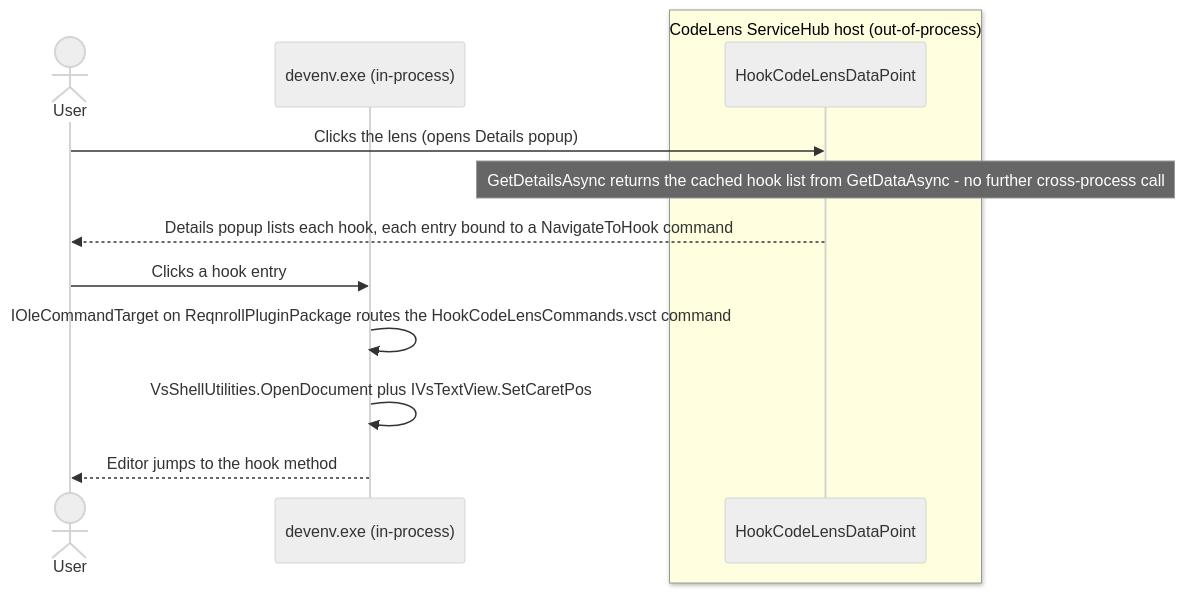
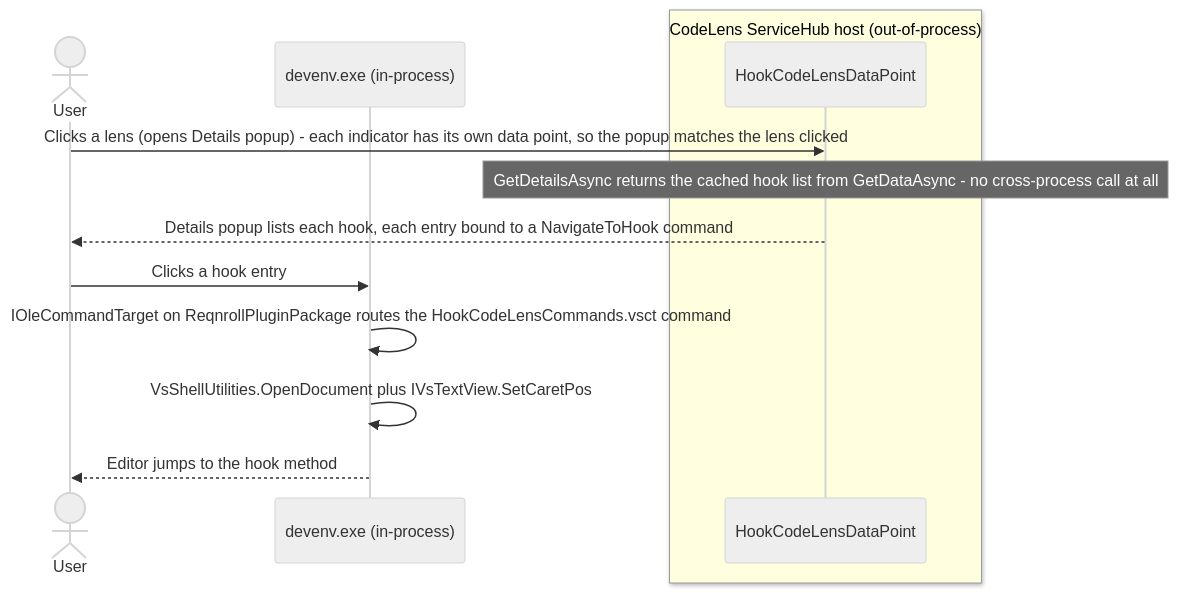
One commit to reqnroll/Reqnroll.IdeSupport changed diagram 21 of 21 in docs/LSP-IDE-Support-Feature-Designs.md. Above: the diagram before and after it, drawn with Mermaid (neutral theme). The commit also changed other lines of this file and 1 other file, not shown here.

First line of the commit message:
docs: record the one-tag-N-providers CodeLens model and #400's lens invalidation

````diff
--- a/docs/LSP-IDE-Support-Feature-Designs.md
+++ b/docs/LSP-IDE-Support-Feature-Designs.md
@@ -1690,18 +1698,18 @@
 ```mermaid
 sequenceDiagram
     actor User
     participant IDE as devenv.exe (in-process)
 
     box LightYellow CodeLens ServiceHub host (out-of-process)
         participant DP as HookCodeLensDataPoint
     end
 
-    User->>DP: Clicks the lens (opens Details popup)
-    Note over DP: GetDetailsAsync returns the cached hook list from GetDataAsync - no further cross-process call
+    User->>DP: Clicks a lens (opens Details popup) - each indicator has its own data point, so the popup matches the lens clicked
+    Note over DP: GetDetailsAsync returns the cached hook list from GetDataAsync - no cross-process call at all
     DP-->>User: Details popup lists each hook, each entry bound to a NavigateToHook command
 
     User->>IDE: Clicks a hook entry
     IDE->>IDE: IOleCommandTarget on ReqnrollPluginPackage routes the HookCodeLensCommands.vsct command
     IDE->>IDE: VsShellUtilities.OpenDocument plus IVsTextView.SetCaretPos
     IDE-->>User: Editor jumps to the hook method
 ```
````
